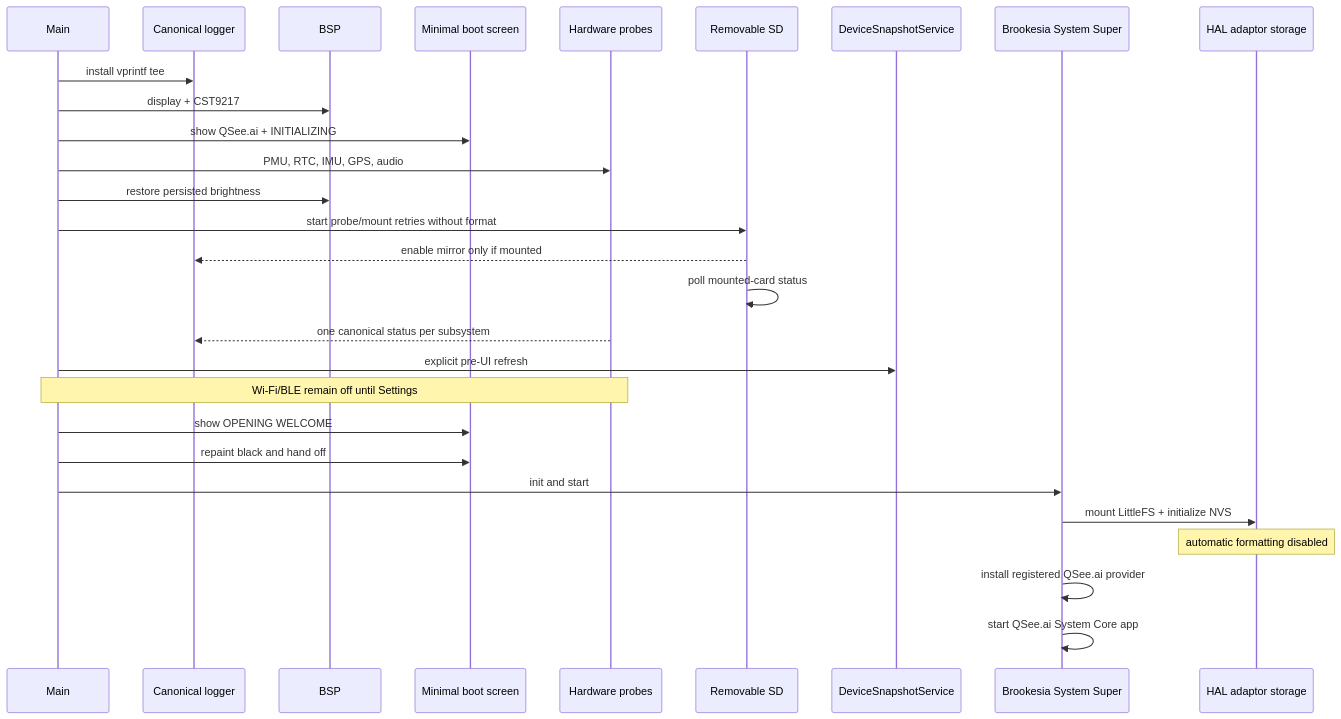
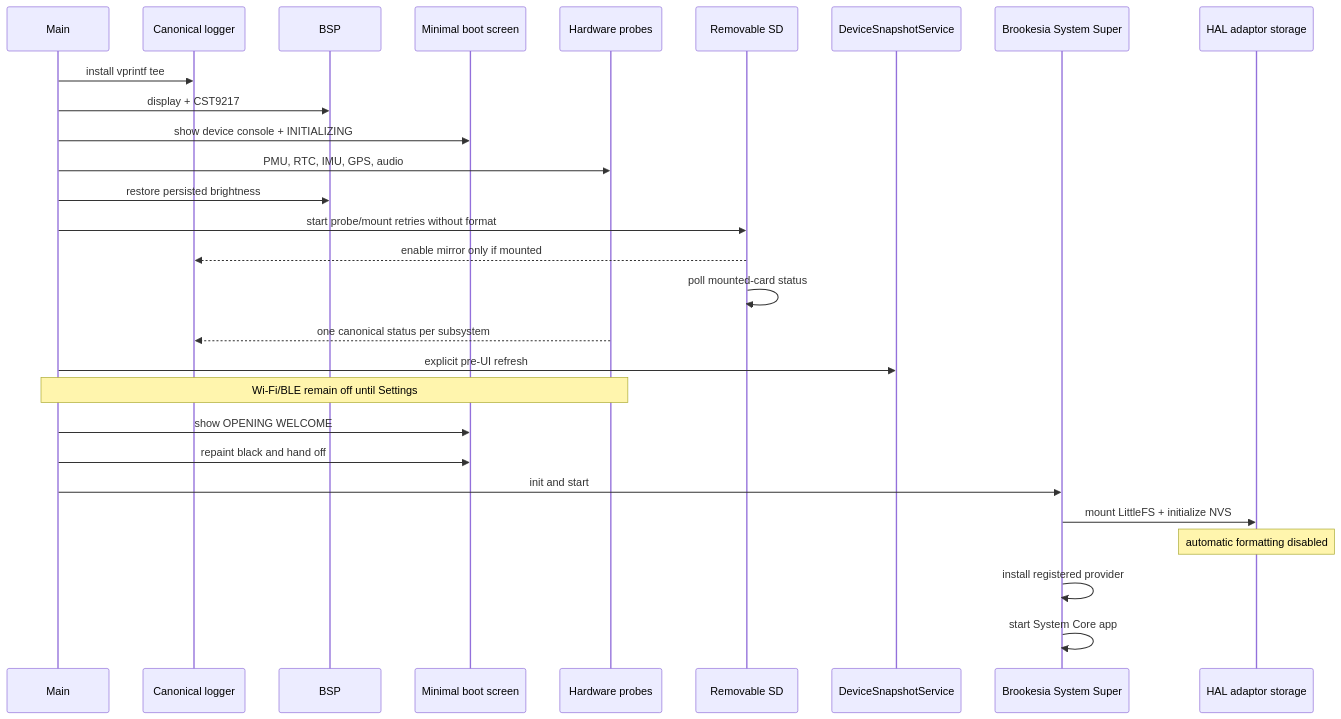
One commit to umbertotechnopreneur/esp32-luna-shell changed the second of 2 diagrams in docs/architecture/startup-and-logger.md. Above: the diagram before and after it, drawn with Mermaid. The commit also changed other lines of this file and 39 other files, not shown here.

````diff
--- a/docs/architecture/startup-and-logger.md
+++ b/docs/architecture/startup-and-logger.md
@@ -22,31 +22,31 @@
 ```mermaid
 sequenceDiagram
     participant Main
     participant Log as Canonical logger
     participant BSP
     participant UI as Minimal boot screen
     participant HW as Hardware probes
     participant SD as Removable SD
     participant Snap as DeviceSnapshotService
     participant Super as Brookesia System Super
     participant HAL as HAL adaptor storage
 
     Main->>Log: install vprintf tee
     Main->>BSP: display + CST9217
-    Main->>UI: show QSee.ai + INITIALIZING
+    Main->>UI: show device console + INITIALIZING
     Main->>HW: PMU, RTC, IMU, GPS, audio
     Main->>BSP: restore persisted brightness
     Main->>SD: start probe/mount retries without format
     SD-->>Log: enable mirror only if mounted
     SD->>SD: poll mounted-card status
     HW-->>Log: one canonical status per subsystem
     Main->>Snap: explicit pre-UI refresh
     Note over Main,HW: Wi-Fi/BLE remain off until Settings
     Main->>UI: show OPENING WELCOME
     Main->>UI: repaint black and hand off
     Main->>Super: init and start
     Super->>HAL: mount LittleFS + initialize NVS
     Note over HAL: automatic formatting disabled
-    Super->>Super: install registered QSee.ai provider
-    Super->>Super: start QSee.ai System Core app
+    Super->>Super: install registered provider
+    Super->>Super: start System Core app
 ```
````
